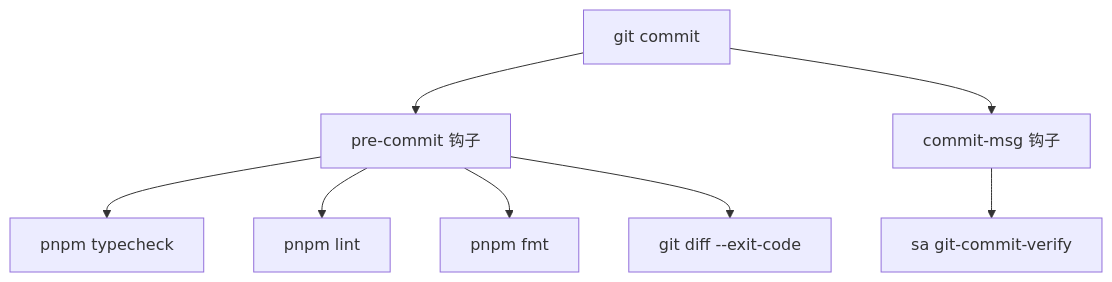
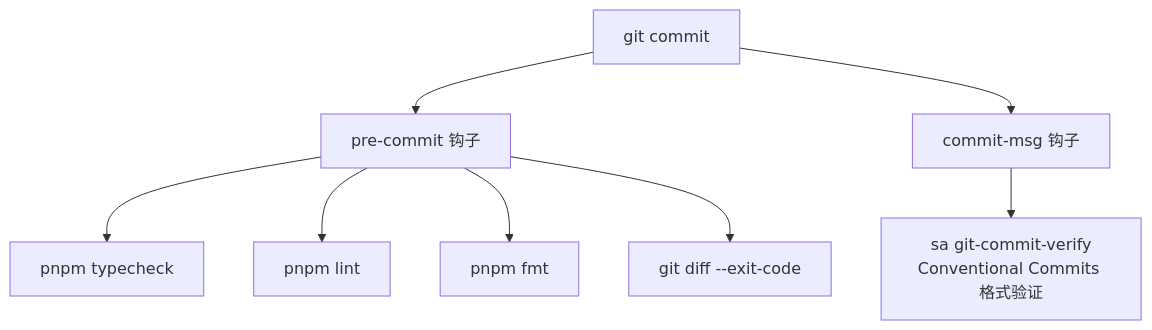
The fifth of 6 diagrams in .qoder/repowiki/zh/content/开发工具/开发工具.md (knifezred/boread), drawn with Mermaid before and after one commit. The commit also changed other lines of this file and 4 other files, not shown here.

````diff
--- a/.qoder/repowiki/zh/content/开发工具/开发工具.md
+++ b/.qoder/repowiki/zh/content/开发工具/开发工具.md
@@ -251,10 +260,10 @@
 ```mermaid
 flowchart TD
 A["git commit"] --> B["pre-commit 钩子"]
 B --> C["pnpm typecheck"]
 B --> D["pnpm lint"]
 B --> E["pnpm fmt"]
 B --> F["git diff --exit-code"]
 A --> G["commit-msg 钩子"]
-G --> H["sa git-commit-verify"]
+G --> H["sa git-commit-verify<br/>Conventional Commits 格式验证"]
 ```
````
